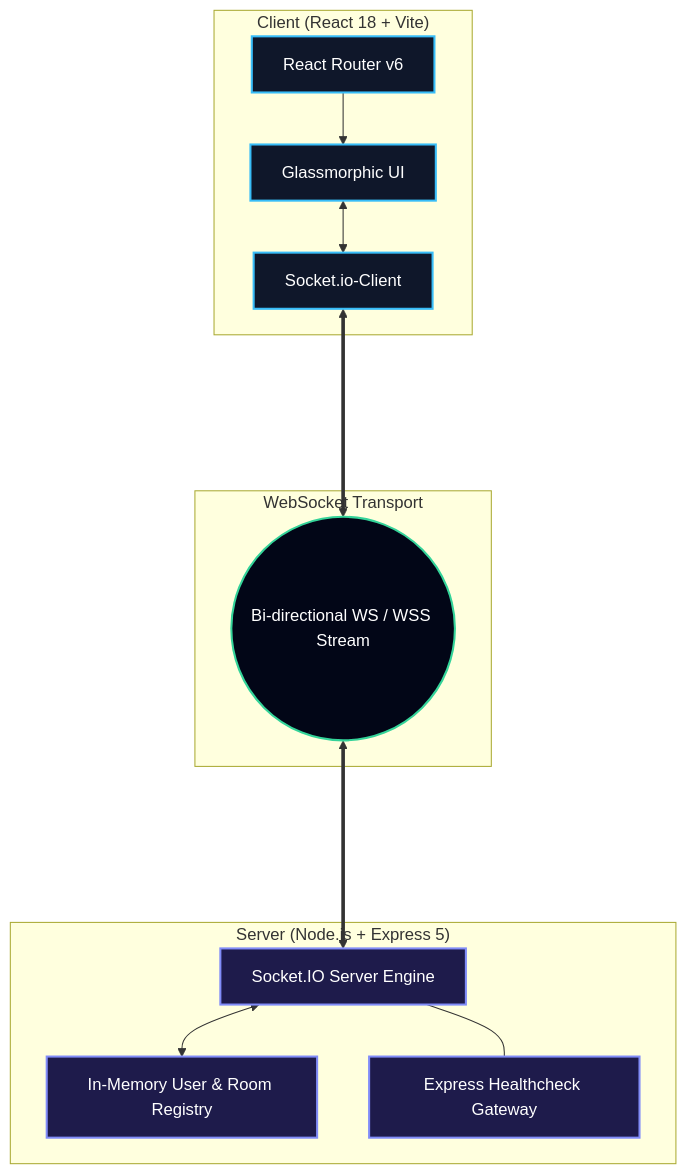
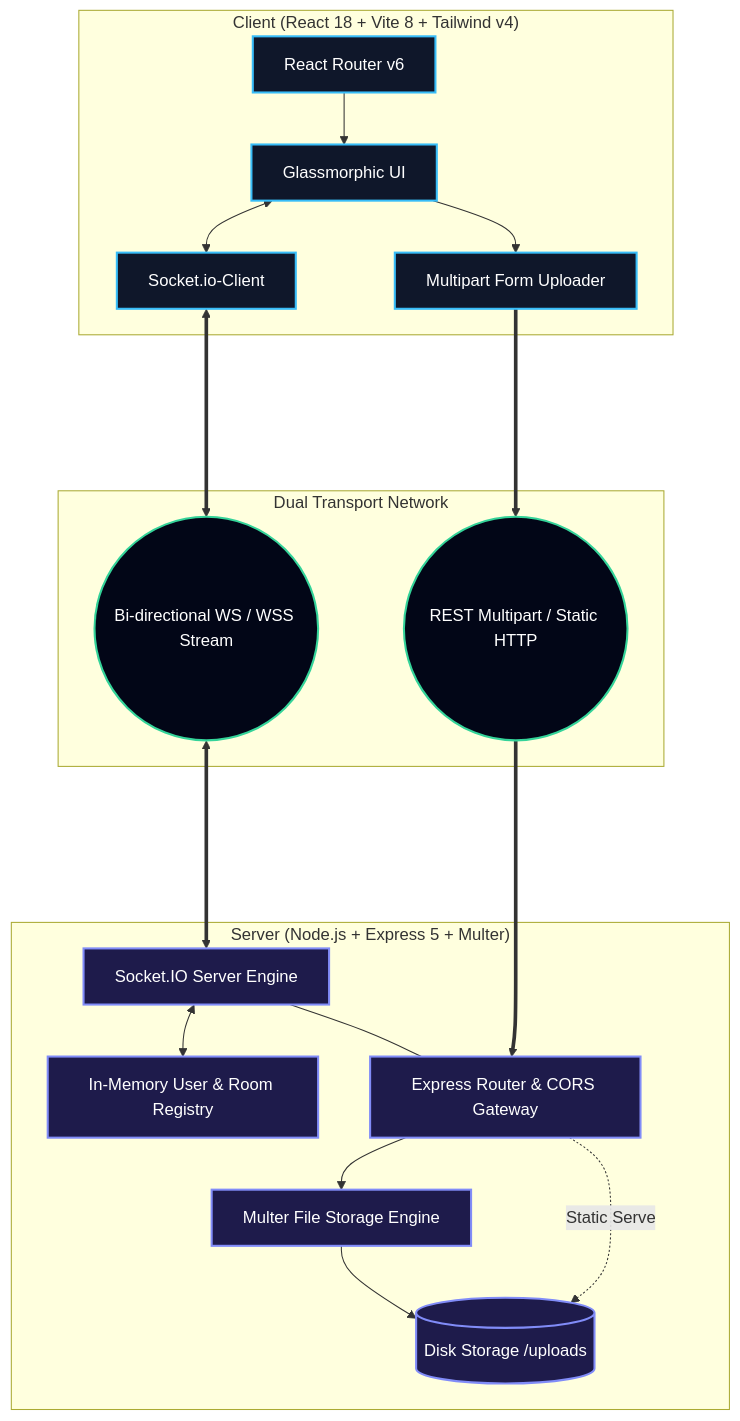
The first of 2 diagrams in README.md (kartikeyv-coder/VibeSync), drawn with Mermaid before and after one commit. The commit also changed other lines of this file and 78 other files, not shown here.

````diff
--- a/README.md
+++ b/README.md
@@ -102,34 +116,43 @@
 ```mermaid
 graph TD
-    subgraph Client ["Client (React 18 + Vite)"]
+    subgraph Client ["Client (React 18 + Vite 8 + Tailwind v4)"]
         UI[Glassmorphic UI]
         Router[React Router v6]
         SocketClient[Socket.io-Client]
+        FileUploader[Multipart Form Uploader]
         
         Router --> UI
         UI <--> SocketClient
+        UI --> FileUploader
     end
 
-    subgraph Network ["WebSocket Transport"]
+    subgraph Network ["Dual Transport Network"]
         WSChannel((Bi-directional WS / WSS Stream))
+        HTTPChannel((REST Multipart / Static HTTP))
     end
 
-    subgraph Server ["Server (Node.js + Express 5)"]
+    subgraph Server ["Server (Node.js + Express 5 + Multer)"]
         SocketServer[Socket.IO Server Engine]
         RoomManager[In-Memory User & Room Registry]
-        ExpressRouter[Express Healthcheck Gateway]
+        ExpressRouter[Express Router & CORS Gateway]
+        MulterEngine[Multer File Storage Engine]
+        UploadsDir[(Disk Storage /uploads)]
         
         SocketServer <--> RoomManager
         SocketServer --- ExpressRouter
+        ExpressRouter --> MulterEngine
+        MulterEngine --> UploadsDir
+        ExpressRouter -. Static Serve .-> UploadsDir
     end
 
     SocketClient <====> WSChannel <====> SocketServer
+    FileUploader ====> HTTPChannel ====> ExpressRouter
 
     classDef client fill:#0f172a,stroke:#38bdf8,stroke-width:2px,color:#fff;
     classDef server fill:#1e1b4b,stroke:#818cf8,stroke-width:2px,color:#fff;
     classDef network fill:#020617,stroke:#34d399,stroke-width:2px,color:#fff;
 
-    class UI,Router,SocketClient client;
-    class SocketServer,RoomManager,ExpressRouter server;
-    class WSChannel network;
+    class UI,Router,SocketClient,FileUploader client;
+    class SocketServer,RoomManager,ExpressRouter,MulterEngine,UploadsDir server;
+    class WSChannel,HTTPChannel network;
 ```
````
